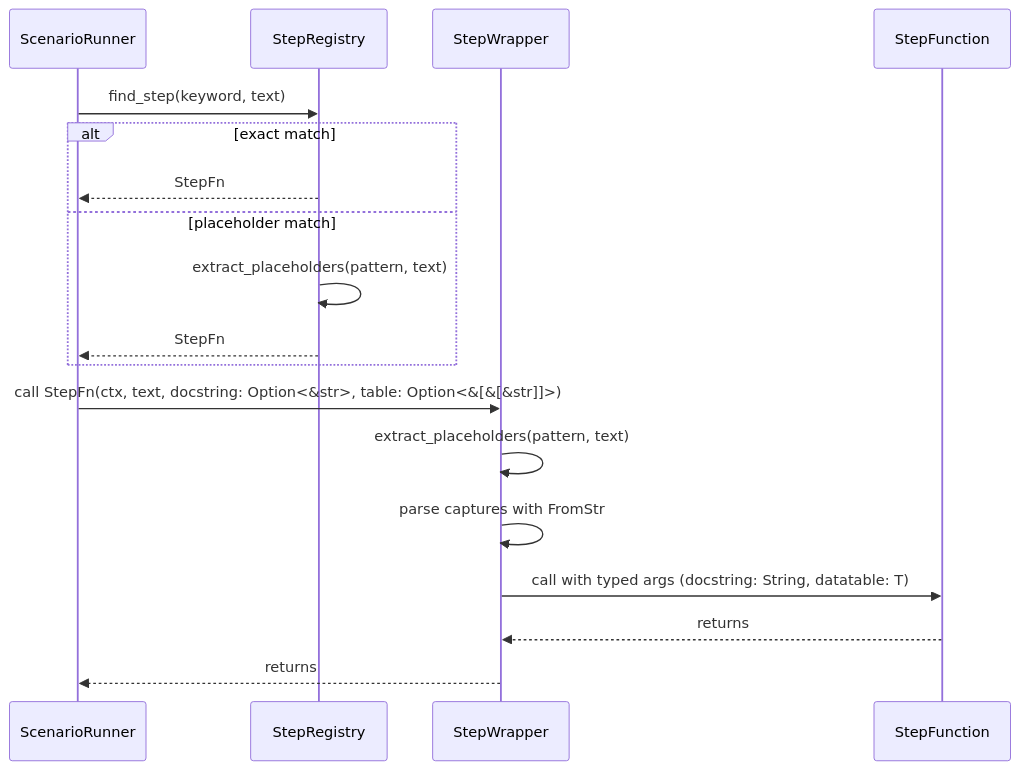
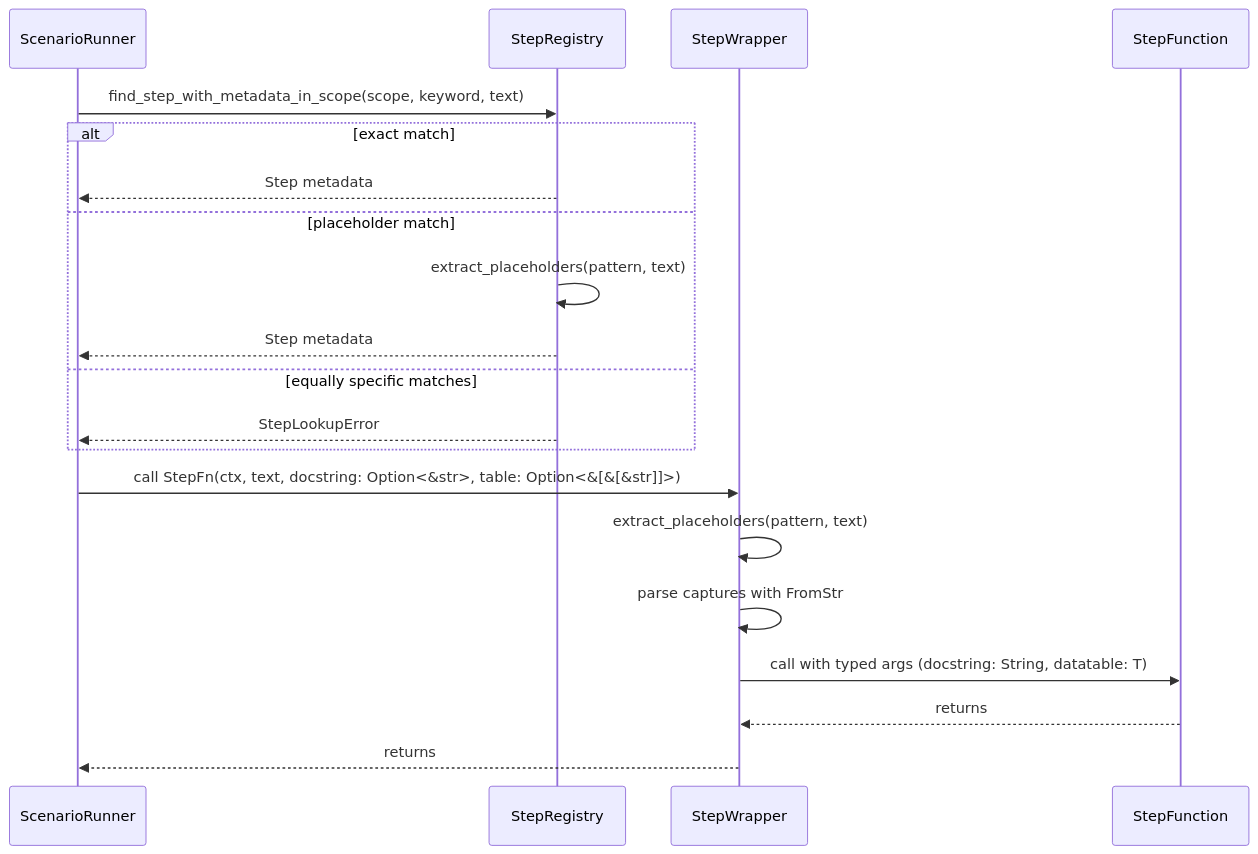
Diagram 20 of 21 in docs/rstest-bdd-design.md (leynos/rstest-bdd), drawn with Mermaid before and after one commit. The commit also changed other lines of this file and 64 other files, not shown here.

````diff
--- a/docs/rstest-bdd-design.md
+++ b/docs/rstest-bdd-design.md
@@ -3159,21 +3166,23 @@
 ```mermaid
 sequenceDiagram
     participant ScenarioRunner
     participant StepRegistry
     participant StepWrapper
     participant StepFunction
 
-    ScenarioRunner->>StepRegistry: find_step(keyword, text)
+    ScenarioRunner->>StepRegistry: find_step_with_metadata_in_scope(scope, keyword, text)
     alt exact match
-        StepRegistry-->>ScenarioRunner: StepFn
+        StepRegistry-->>ScenarioRunner: Step metadata
     else placeholder match
         StepRegistry->>StepRegistry: extract_placeholders(pattern, text)
-        StepRegistry-->>ScenarioRunner: StepFn
+        StepRegistry-->>ScenarioRunner: Step metadata
+    else equally specific matches
+        StepRegistry-->>ScenarioRunner: StepLookupError
     end
     ScenarioRunner->>StepWrapper: call StepFn(ctx, text, docstring: Option<&str>, table: Option<&[&[&str]]>)
     StepWrapper->>StepWrapper: extract_placeholders(pattern, text)
     StepWrapper->>StepWrapper: parse captures with FromStr
     StepWrapper->>StepFunction: call with typed args (docstring: String, datatable: T)
     StepFunction-->>StepWrapper: returns
     StepWrapper-->>ScenarioRunner: returns
 ```
````
